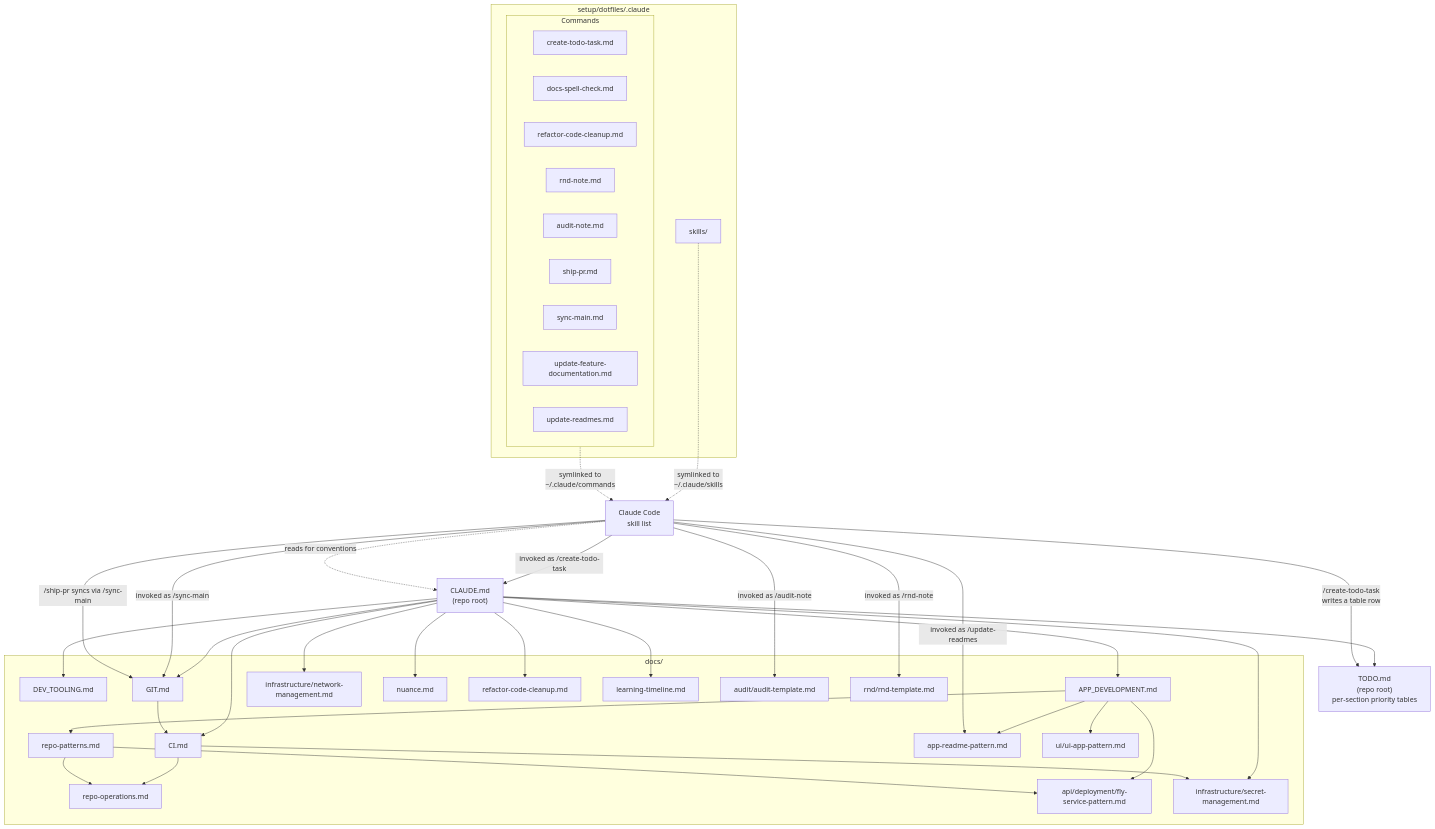
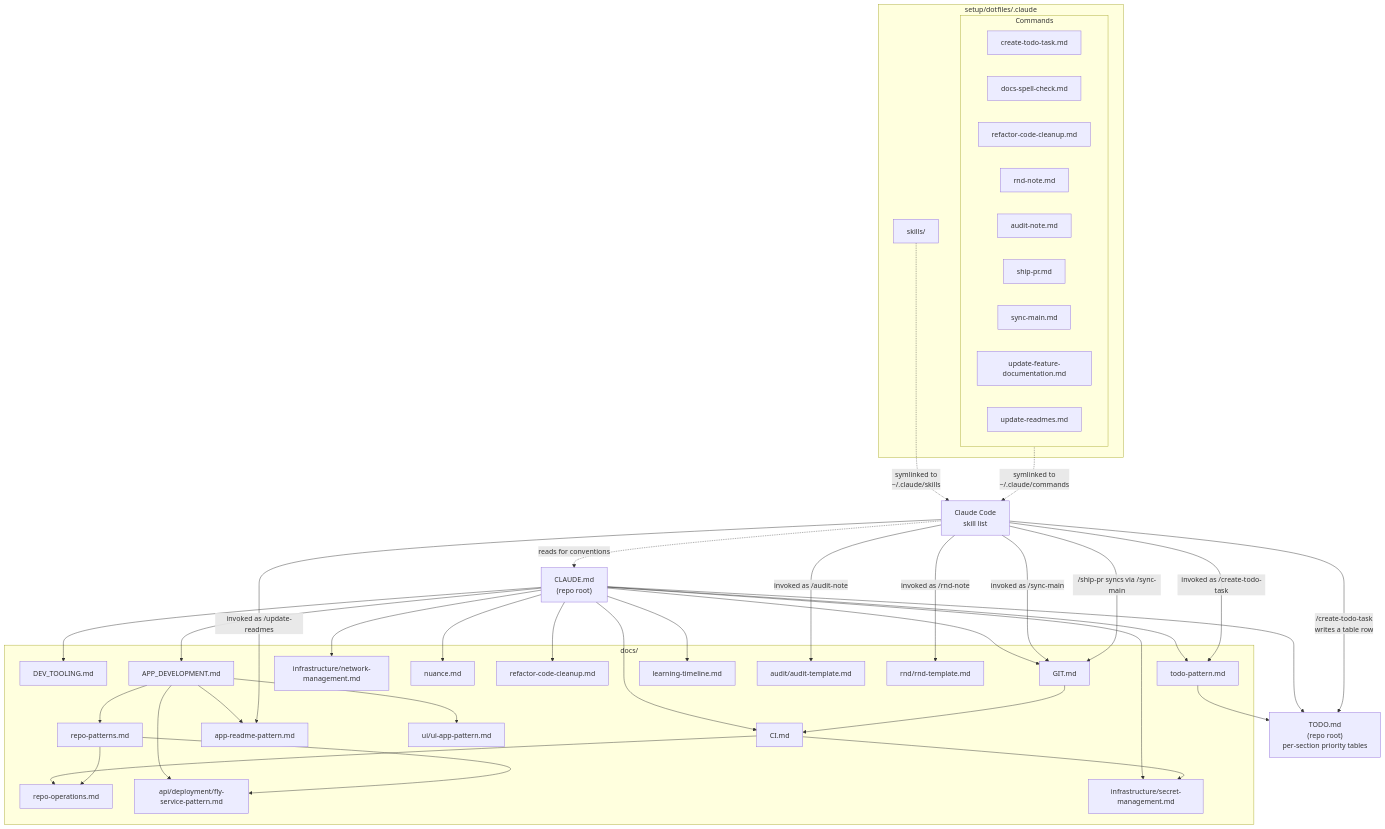
One commit to iamharryliu/vigilant-broccoli changed the diagram in docs/agent-diagram.md. Above: the diagram before and after it, drawn with Mermaid. The commit also changed other lines of this file and 4 other files, not shown here.

First line of the commit message:
docs: Define the TODO.md row format once in docs/todo-pattern.md.

````diff
--- a/docs/agent-diagram.md
+++ b/docs/agent-diagram.md
@@ -5,72 +5,75 @@
 ```mermaid
 flowchart TD
     CLAUDE["CLAUDE.md<br/>(repo root)"]
     TODO["TODO.md<br/>(repo root)<br/>per-section priority tables"]
 
     subgraph DOCS["docs/"]
         DEV_TOOLING["DEV_TOOLING.md"]
         CI["CI.md"]
         APP_DEV["APP_DEVELOPMENT.md"]
         GIT["GIT.md"]
         NETWORK["infrastructure/network-management.md"]
         NUANCE["nuance.md"]
         REPO_PATTERNS["repo-patterns.md"]
         REPO_OPS["repo-operations.md"]
         APP_README["app-readme-pattern.md"]
         UI_PATTERN["ui/ui-app-pattern.md"]
         FLY_PATTERN["api/deployment/fly-service-pattern.md"]
         SECRETS["infrastructure/secret-management.md"]
         REFACTOR["refactor-code-cleanup.md"]
+        TODO_PATTERN["todo-pattern.md"]
         TIMELINE["learning-timeline.md"]
         AUDIT_TPL["audit/audit-template.md"]
         RND_TPL["rnd/rnd-template.md"]
     end
 
     CLAUDE --> DEV_TOOLING
     CLAUDE --> CI
     CLAUDE --> APP_DEV
     CLAUDE --> GIT
     CLAUDE --> NETWORK
     CLAUDE --> SECRETS
     CLAUDE --> NUANCE
     CLAUDE --> REFACTOR
     CLAUDE --> TODO
+    CLAUDE --> TODO_PATTERN
+    TODO_PATTERN --> TODO
     CLAUDE --> TIMELINE
 
     CI --> REPO_OPS
     CI --> SECRETS
     GIT --> CI
     APP_DEV --> REPO_PATTERNS
     APP_DEV --> APP_README
     APP_DEV --> UI_PATTERN
     APP_DEV --> FLY_PATTERN
     REPO_PATTERNS --> FLY_PATTERN
     REPO_PATTERNS --> REPO_OPS
 
     subgraph SKILLS["setup/dotfiles/.claude"]
         subgraph COMMANDS["Commands"]
             CMD_TODO["create-todo-task.md"]
             CMD_SPELLCHECK["docs-spell-check.md"]
             CMD_REFACTOR_CLEANUP["refactor-code-cleanup.md"]
             CMD_RND_NOTE["rnd-note.md"]
             CMD_AUDIT_NOTE["audit-note.md"]
             CMD_SHIP_PR["ship-pr.md"]
             CMD_SYNC_MAIN["sync-main.md"]
             CMD_UPDATE_FEATURE_DOCS["update-feature-documentation.md"]
             CMD_UPDATE_READMES["update-readmes.md"]
         end
         SKILLDIR["skills/"]
     end
 
     COMMANDS -.->|symlinked to<br/>~/.claude/commands| CLAUDECODE["Claude Code<br/>skill list"]
     SKILLDIR -.->|symlinked to<br/>~/.claude/skills| CLAUDECODE
 
     CLAUDECODE -->|invoked as /update-readmes| APP_README
-    CLAUDECODE -->|invoked as /create-todo-task| CLAUDE
+    CLAUDECODE -->|invoked as /create-todo-task| TODO_PATTERN
     CLAUDECODE -->|/create-todo-task<br/>writes a table row| TODO
     CLAUDECODE -->|invoked as /sync-main| GIT
     CLAUDECODE -->|/ship-pr syncs via /sync-main| GIT
     CLAUDECODE -->|invoked as /audit-note| AUDIT_TPL
     CLAUDECODE -->|invoked as /rnd-note| RND_TPL
     CLAUDECODE -.->|reads for conventions| CLAUDE
 ```
````
